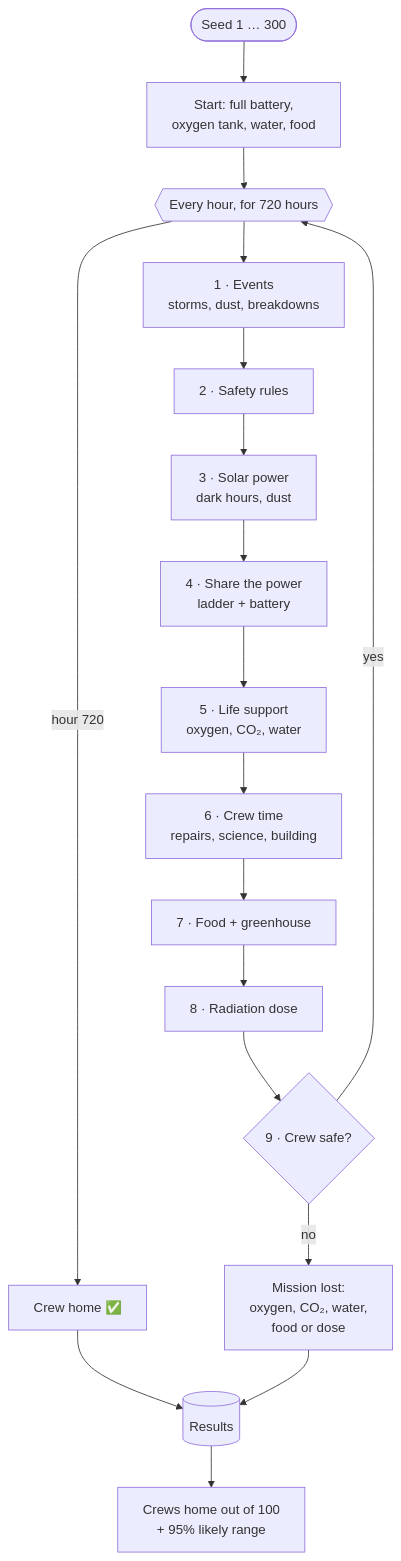
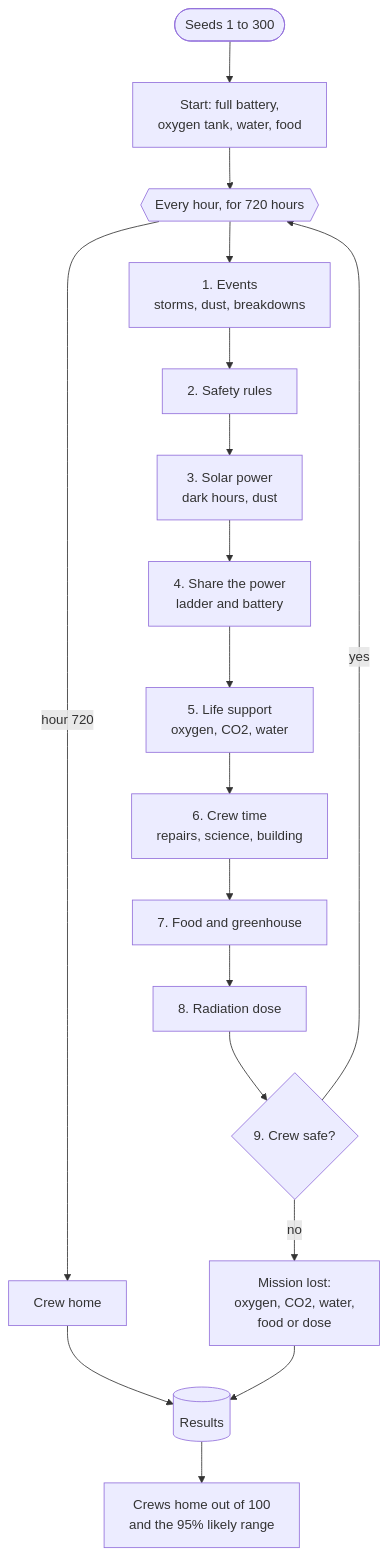
One commit to jaineesh-kumar/NASA_APP_Challenge changed the second of 4 diagrams in README.md. Above: the diagram before and after it, drawn with Mermaid. The commit also changed other lines of this file, not shown here.

Commit message:
docs(readme): plain-text flowchart labels so GitHub renders every chart

````diff
--- a/README.md
+++ b/README.md
@@ -96,20 +96,20 @@
 ```mermaid
 flowchart TD
-    S([Seed 1 … 300]) --> T0[Start: full battery,<br/>oxygen tank, water, food]
-    T0 --> H{{Every hour, for 720 hours}}
-    H --> E1[1 · Events<br/>storms, dust, breakdowns]
-    E1 --> E2[2 · Safety rules]
-    E2 --> E3[3 · Solar power<br/>dark hours, dust]
-    E3 --> E4[4 · Share the power<br/>ladder + battery]
-    E4 --> E5[5 · Life support<br/>oxygen, CO₂, water]
-    E5 --> E6[6 · Crew time<br/>repairs, science, building]
-    E6 --> E7[7 · Food + greenhouse]
-    E7 --> E8[8 · Radiation dose]
-    E8 --> E9{9 · Crew safe?}
-    E9 -->|yes| H
-    E9 -->|no| L[Mission lost:<br/>oxygen, CO₂, water,<br/>food or dose]
-    H -->|hour 720| W[Crew home ✅]
-    W --> R[(Results)]
+    S(["Seeds 1 to 300"]) --> T0["Start: full battery,<br/>oxygen tank, water, food"]
+    T0 --> H{{"Every hour, for 720 hours"}}
+    H --> E1["1. Events<br/>storms, dust, breakdowns"]
+    E1 --> E2["2. Safety rules"]
+    E2 --> E3["3. Solar power<br/>dark hours, dust"]
+    E3 --> E4["4. Share the power<br/>ladder and battery"]
+    E4 --> E5["5. Life support<br/>oxygen, CO2, water"]
+    E5 --> E6["6. Crew time<br/>repairs, science, building"]
+    E6 --> E7["7. Food and greenhouse"]
+    E7 --> E8["8. Radiation dose"]
+    E8 --> E9{"9. Crew safe?"}
+    E9 -->|"yes"| H
+    E9 -->|"no"| L["Mission lost:<br/>oxygen, CO2, water,<br/>food or dose"]
+    H -->|"hour 720"| W["Crew home"]
+    W --> R[("Results")]
     L --> R
-    R --> P[Crews home out of 100<br/>+ 95% likely range]
+    R --> P["Crews home out of 100<br/>and the 95% likely range"]
 ```
````
